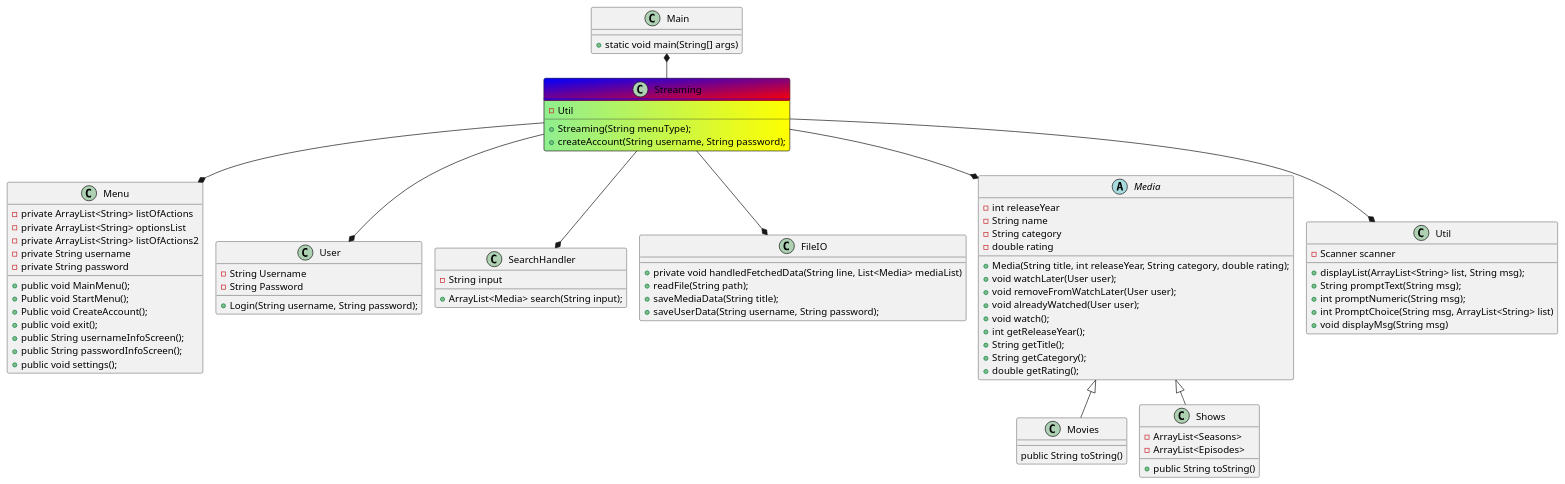
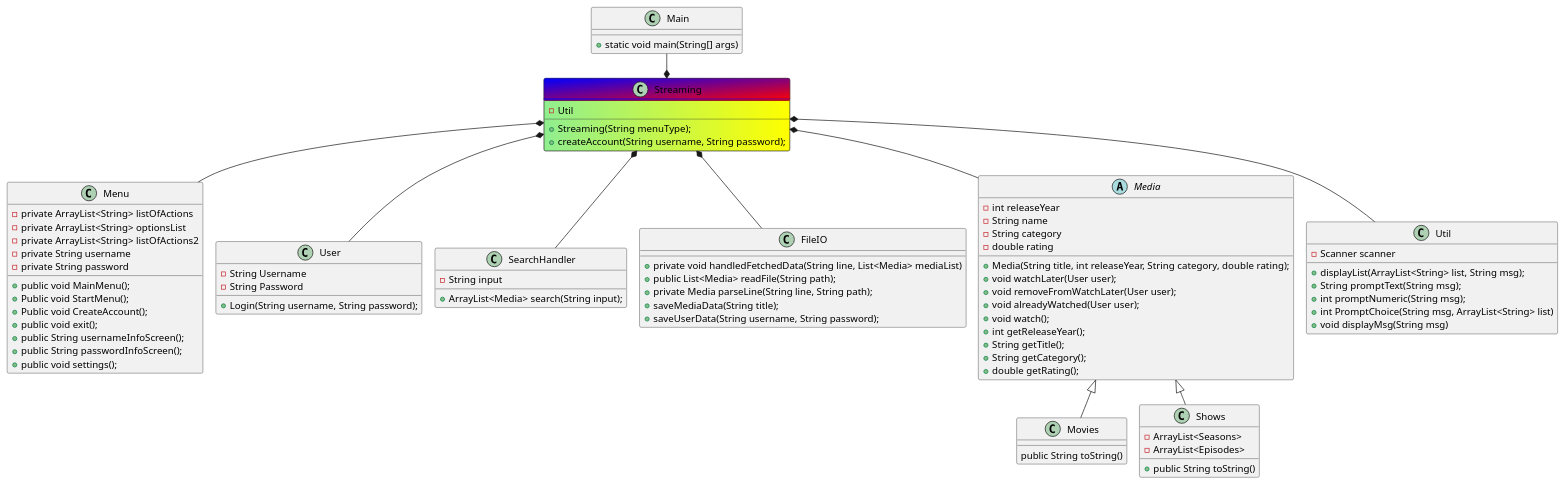
One commit to ValdemarLarsen02/SP3GruppeD changed the diagram in out/production/SP3GruppeD/Docs/ClassDiagram.puml. Above: the diagram before and after it, drawn with PlantUML. The commit also changed 12 other files, not shown here.

```diff
--- a/out/production/SP3GruppeD/Docs/ClassDiagram.puml
+++ b/out/production/SP3GruppeD/Docs/ClassDiagram.puml
@@ -1,97 +1,98 @@
 @startuml
 !pragma layout smetana
 
 Class Main{
 +static void main(String[] args)
 }
 
 Class Menu{
  - private ArrayList<String> listOfActions
  - private ArrayList<String> optionsList
  - private ArrayList<String> listOfActions2
  - private String username
  - private String password
  + public void MainMenu();
  + Public void StartMenu();
  + Public void CreateAccount();
  + public void exit();
  + public String usernameInfoScreen();
  + public String passwordInfoScreen();
  + public void settings();
 }
 
 
 
 Class Streaming #back:lightgreen|yellow;header:blue/red {
     -Util
     + Streaming(String menuType);
     + createAccount(String username, String password);
 }
 
 Class User{
 - String Username
 - String Password
 + Login(String username, String password);
 }
 
 Class SearchHandler {
 - String input
 + ArrayList<Media> search(String input);
 
 }
 
 Class FileIO{
 + private void handledFetchedData(String line, List<Media> mediaList)
-+ readFile(String path);
++ public List<Media> readFile(String path);
++ private Media parseLine(String line, String path);
 + saveMediaData(String title);
 + saveUserData(String username, String password);
 }
 
 Abstract Media{
 - int releaseYear
 - String name
 - String category
 - double rating
 + Media(String title, int releaseYear, String category, double rating);
 + void watchLater(User user);
 + void removeFromWatchLater(User user);
 + void alreadyWatched(User user);
 + void watch();
 + int getReleaseYear();
 + String getTitle();
 + String getCategory();
 + double getRating();
 }
 
 Class Util{
 - Scanner scanner
 + displayList(ArrayList<String> list, String msg);
 + String promptText(String msg);
 + int promptNumeric(String msg);
 + int PromptChoice(String msg, ArrayList<String> list)
 + void displayMsg(String msg)
 }
 
 Class Movies{
 public String toString()
 }
 
 Class Shows{
 - ArrayList<Seasons>
 - ArrayList<Episodes>
 + public String toString()
 }
 
-Main *-- Streaming
-Streaming--* User
-Streaming --* FileIO
-Streaming --* Menu
-Streaming --* Media
+Main --* Streaming
+Streaming *-- User
+Streaming *-- FileIO
+Streaming *-- Menu
+Streaming *-- Media
 Media <|-- Movies
 Media <|-- Shows
-Streaming --* SearchHandler
-Streaming --* Util
+Streaming *-- SearchHandler
+Streaming *-- Util
 
 
 
 @enduml
```
